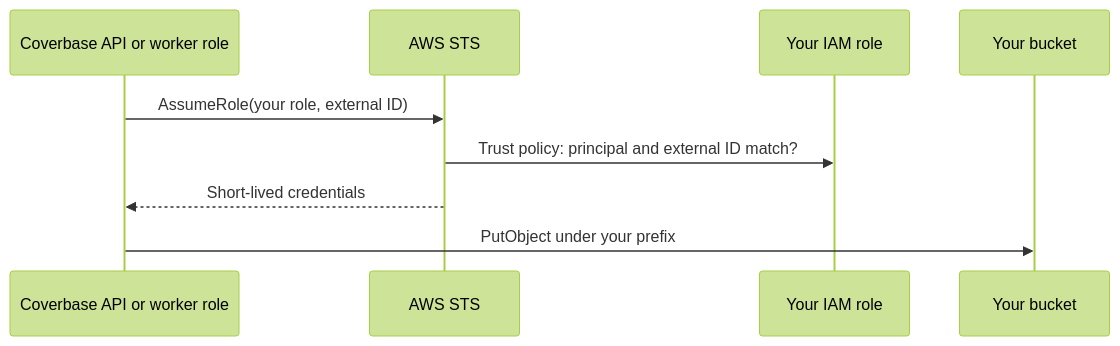
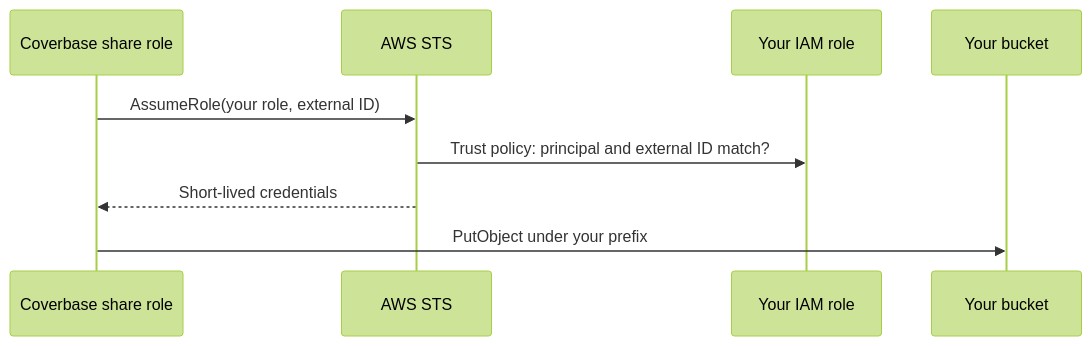
The diagram in integrations/guides/amazon-s3.mdx (coverbasedev/docs), drawn with Mermaid (forest theme) before and after one commit. The commit also changed other lines of this file and 7 other files, not shown here.

````diff
--- a/integrations/guides/amazon-s3.mdx
+++ b/integrations/guides/amazon-s3.mdx
@@ -18,11 +18,11 @@
 ```mermaid
 sequenceDiagram
-  participant CB as Coverbase API or worker role
+  participant CB as Coverbase share role
   participant STS as AWS STS
   participant Role as Your IAM role
   participant S3 as Your bucket
   CB->>STS: AssumeRole(your role, external ID)
   STS->>Role: Trust policy: principal and external ID match?
   STS-->>CB: Short-lived credentials
   CB->>S3: PutObject under your prefix
 ```
````
